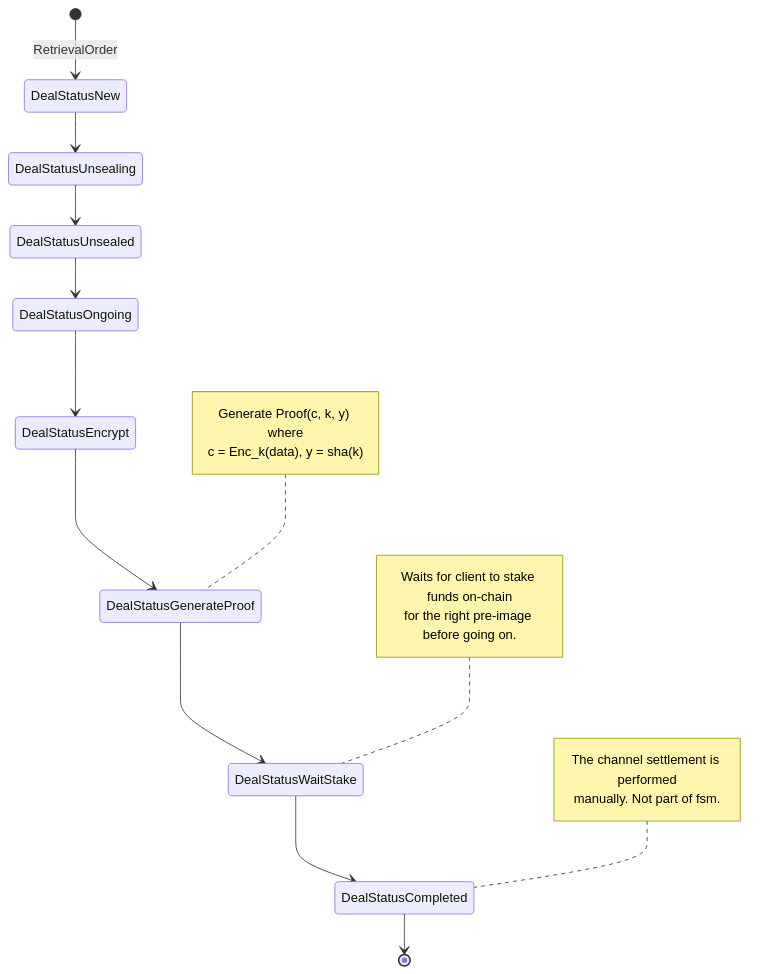
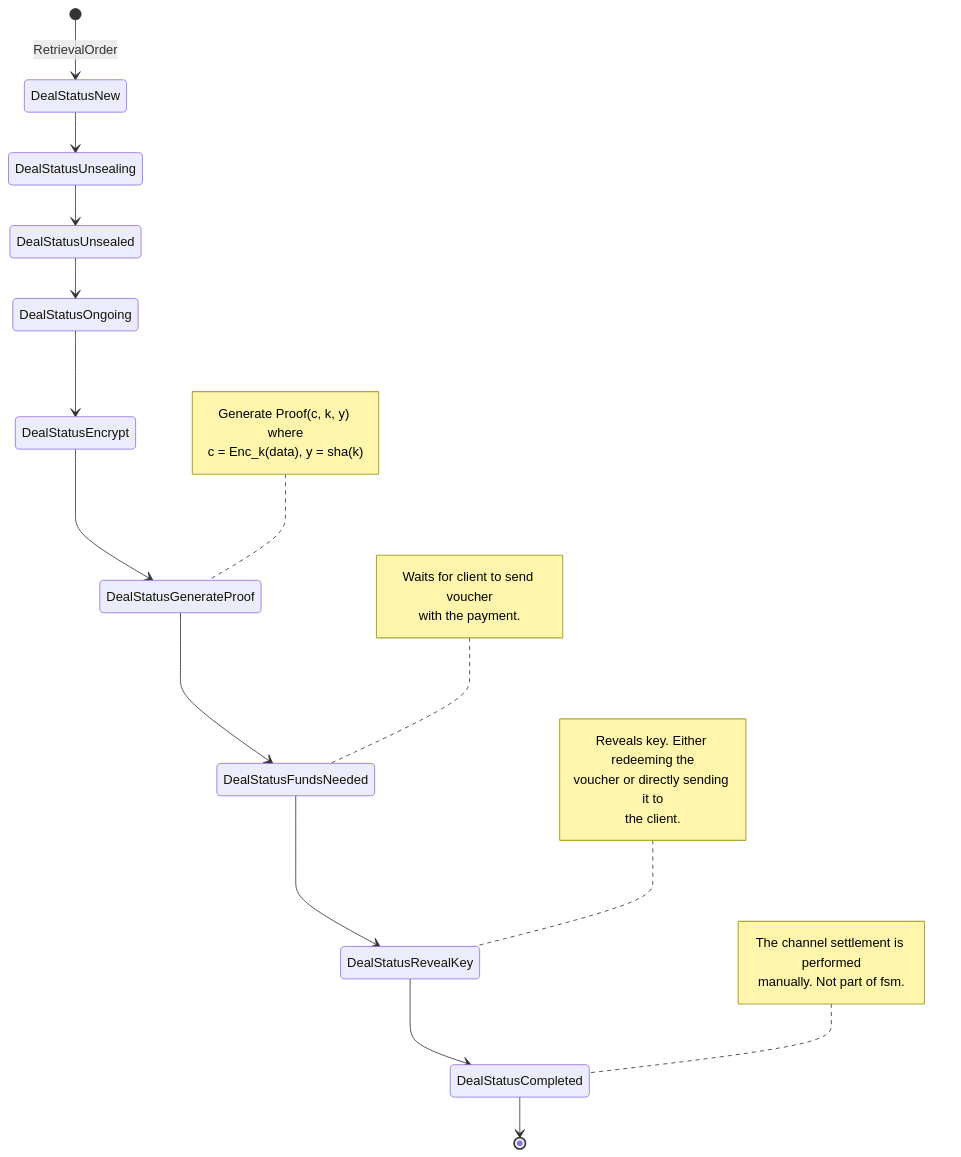
Before and after one commit to adlrocha/go-fil-markets: the second of 2 diagrams in docs/rfcs/zkcp.md, drawn with Mermaid. The commit also changed other lines of this file and 6 other files, not shown here.

````diff
--- a/docs/rfcs/zkcp.md
+++ b/docs/rfcs/zkcp.md
@@ -59,25 +61,32 @@
 ```mermaid
 stateDiagram-v2
 [*] --> DealStatusNew: RetrievalOrder
 DealStatusNew --> DealStatusUnsealing
 DealStatusUnsealing --> DealStatusUnsealed
 DealStatusUnsealed --> DealStatusOngoing
 DealStatusOngoing --> DealStatusEncrypt
 DealStatusEncrypt --> DealStatusGenerateProof
-DealStatusGenerateProof --> DealStatusWaitStake
-DealStatusWaitStake --> DealStatusCompleted
-note left of DealStatusWaitStake
-Waits for client to stake funds on-chain
-for the right pre-image before going on.
+DealStatusGenerateProof --> DealStatusFundsNeeded
+DealStatusFundsNeeded --> DealStatusRevealKey
+DealStatusRevealKey --> DealStatusCompleted
+note left of DealStatusFundsNeeded
+Waits for client to send voucher
+with the payment. 
 end note
 note left of DealStatusGenerateProof
 Generate Proof(c, k, y) where
 c = Enc_k(data), y = sha(k)
+end note
+
+note left of DealStatusRevealKey
+Reveals key. Either redeeming the
+voucher or directly sending it to
+the client.
 end note
 DealStatusCompleted --> [*]
 
 note left of DealStatusCompleted
 The channel settlement is performed
 manually. Not part of fsm.
 end note
 ```
````
